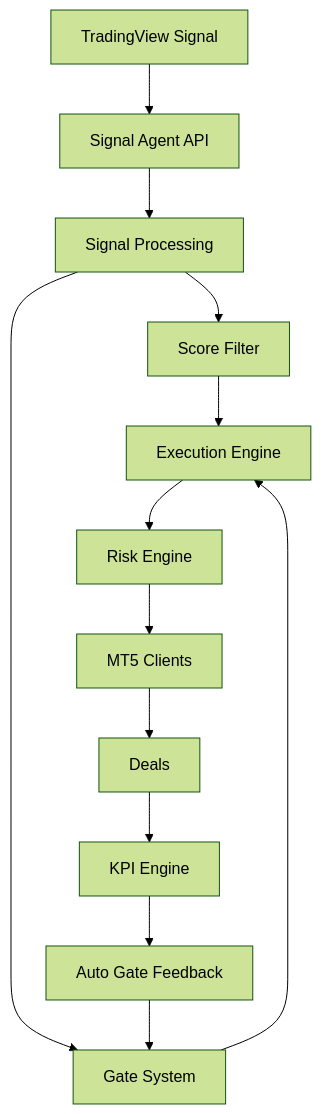
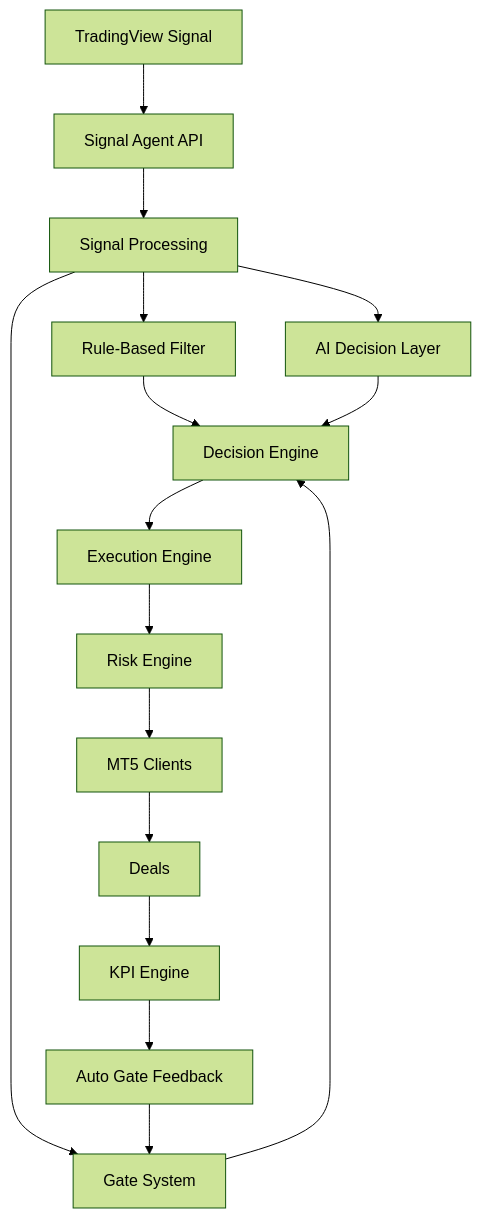
Before and after one commit to clausnordhausen-stack/clausnordhausen-stack: the diagram in README.md, drawn with Mermaid (forest theme). The commit also changed other lines of this file, not shown here.

````diff
--- a/README.md
+++ b/README.md
@@ -52,22 +56,27 @@
 ```mermaid
 flowchart TD
 
 A[TradingView Signal] --> B[Signal Agent API]
 
 B --> C[Signal Processing]
-C --> D[Score Filter]
+
+C --> D[Rule-Based Filter]
 C --> E[Gate System]
+C --> F[AI Decision Layer]
 
-D --> F[Execution Engine]
-E --> F
+D --> G[Decision Engine]
+E --> G
+F --> G
 
-F --> G[Risk Engine]
+G --> H[Execution Engine]
 
-G --> H[MT5 Clients]
+H --> I[Risk Engine]
 
-H --> I[Deals]
-I --> J[KPI Engine]
+I --> J[MT5 Clients]
 
-J --> K[Auto Gate Feedback]
-K --> E
+J --> K[Deals]
+K --> L[KPI Engine]
+
+L --> M[Auto Gate Feedback]
+M --> E
 ```
````
